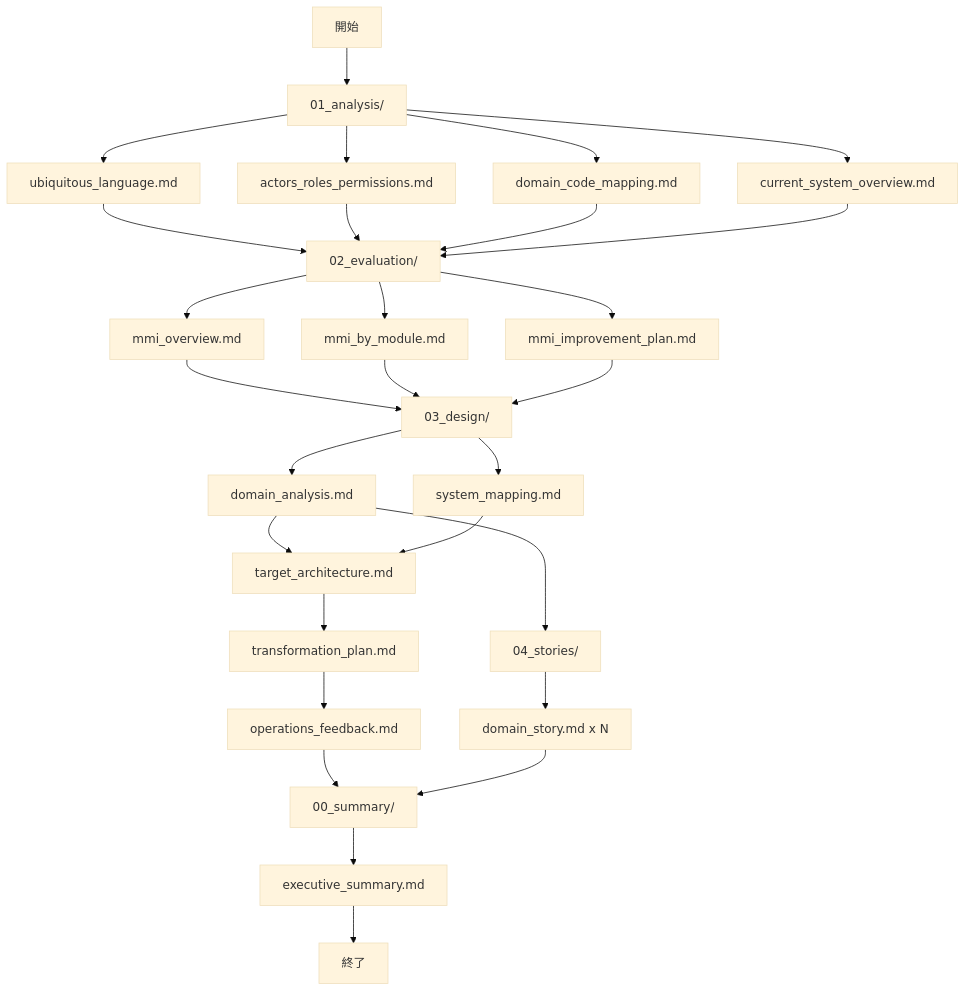
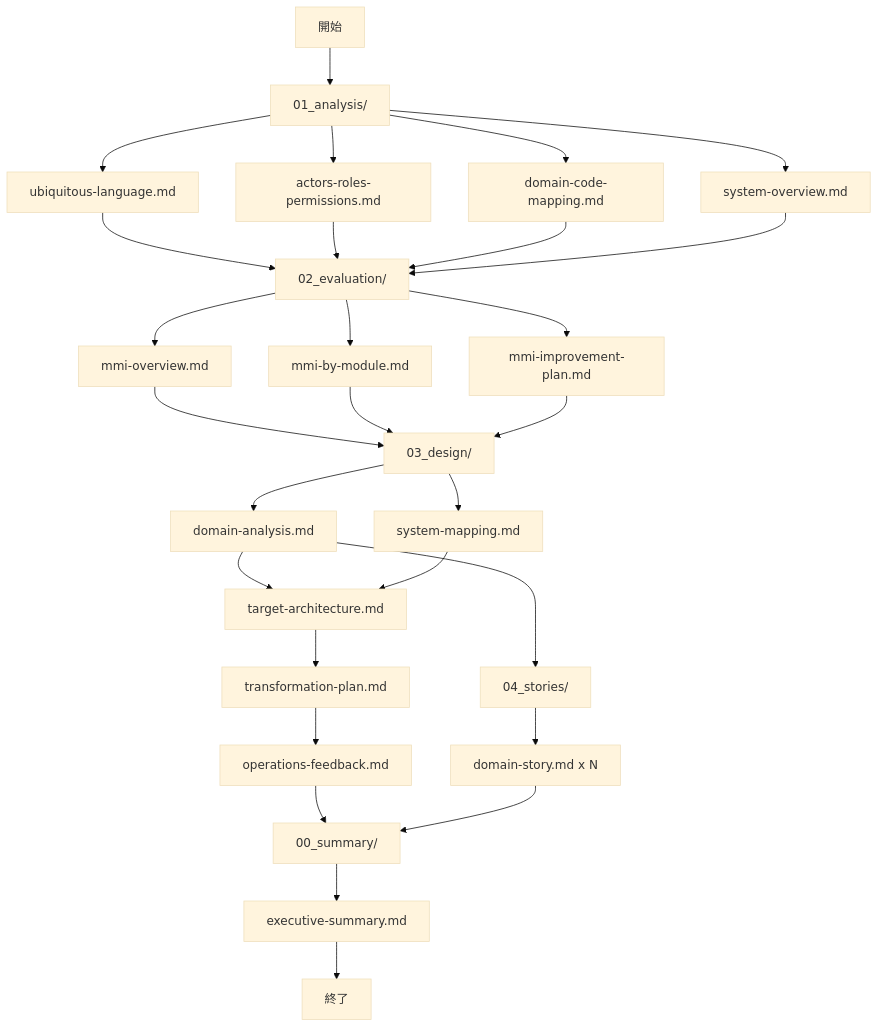
One commit to wfukatsu/rearchitect-agent changed the diagram in .claude/templates/output-structure.md. Above: the diagram before and after it, drawn with Mermaid (base theme). The commit also changed other lines of this file and 90 other files, not shown here.

````diff
--- a/.claude/templates/output-structure.md
+++ b/.claude/templates/output-structure.md
@@ -42,36 +48,36 @@
 ```mermaid
 graph TD
-    A[開始] --> B[01_analysis/]
-    B --> B1[ubiquitous_language.md]
-    B --> B2[actors_roles_permissions.md]
-    B --> B3[domain_code_mapping.md]
-    B --> B4[current_system_overview.md]
+    A["開始"] --> B["01_analysis/"]
+    B --> B1["ubiquitous-language.md"]
+    B --> B2["actors-roles-permissions.md"]
+    B --> B3["domain-code-mapping.md"]
+    B --> B4["system-overview.md"]
 
-    B1 --> C[02_evaluation/]
+    B1 --> C["02_evaluation/"]
     B2 --> C
     B3 --> C
     B4 --> C
 
-    C --> C1[mmi_overview.md]
-    C --> C2[mmi_by_module.md]
-    C --> C3[mmi_improvement_plan.md]
+    C --> C1["mmi-overview.md"]
+    C --> C2["mmi-by-module.md"]
+    C --> C3["mmi-improvement-plan.md"]
 
-    C1 --> D[03_design/]
+    C1 --> D["03_design/"]
     C2 --> D
     C3 --> D
 
-    D --> D1[domain_analysis.md]
-    D --> D2[system_mapping.md]
-    D1 --> D3[target_architecture.md]
+    D --> D1["domain-analysis.md"]
+    D --> D2["system-mapping.md"]
+    D1 --> D3["target-architecture.md"]
     D2 --> D3
-    D3 --> D4[transformation_plan.md]
-    D4 --> D5[operations_feedback.md]
+    D3 --> D4["transformation-plan.md"]
+    D4 --> D5["operations-feedback.md"]
 
-    D1 --> E[04_stories/]
-    E --> E1[domain_story.md x N]
+    D1 --> E["04_stories/"]
+    E --> E1["domain-story.md x N"]
 
-    D5 --> F[00_summary/]
+    D5 --> F["00_summary/"]
     E1 --> F
-    F --> F1[executive_summary.md]
-    F1 --> G[終了]
+    F --> F1["executive-summary.md"]
+    F1 --> G["終了"]
 ```
````
